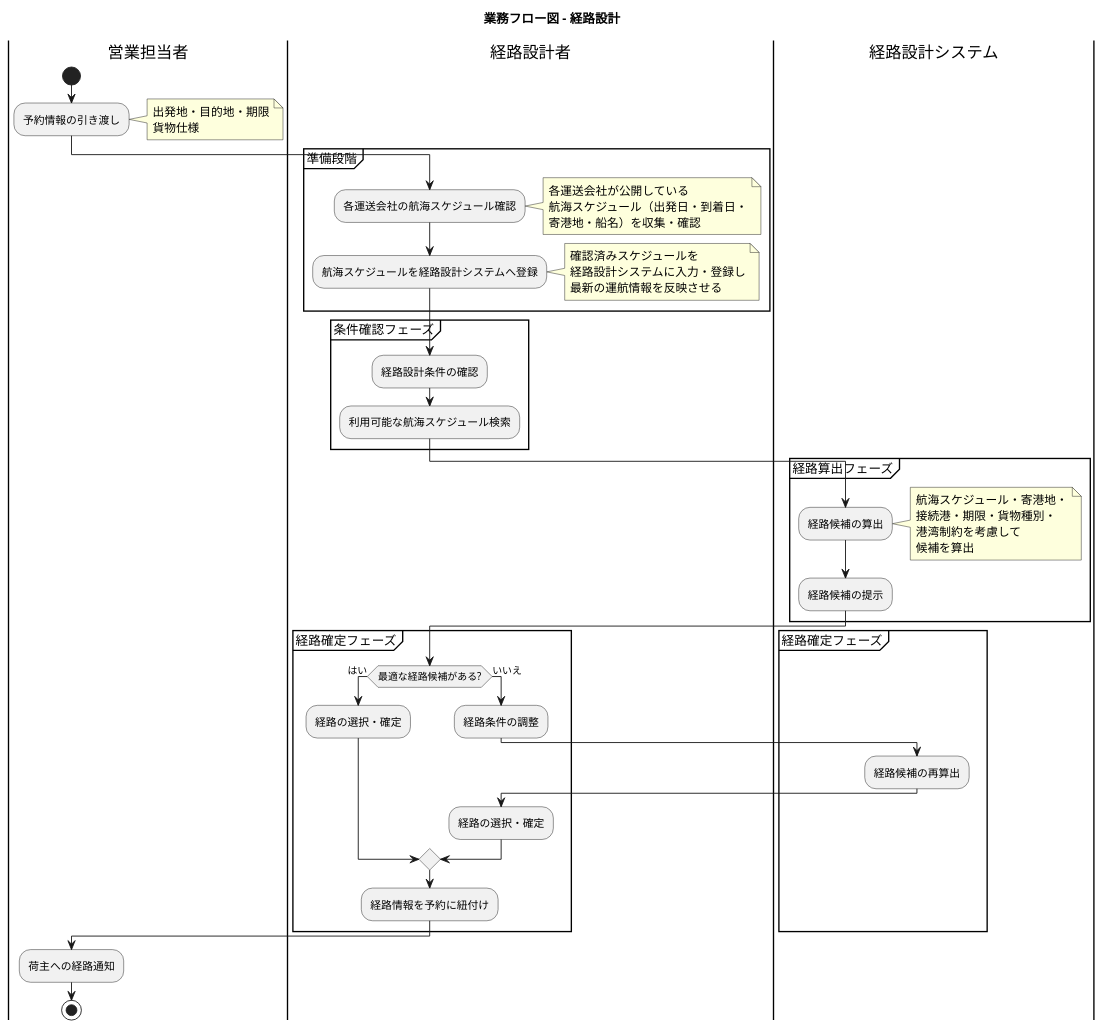
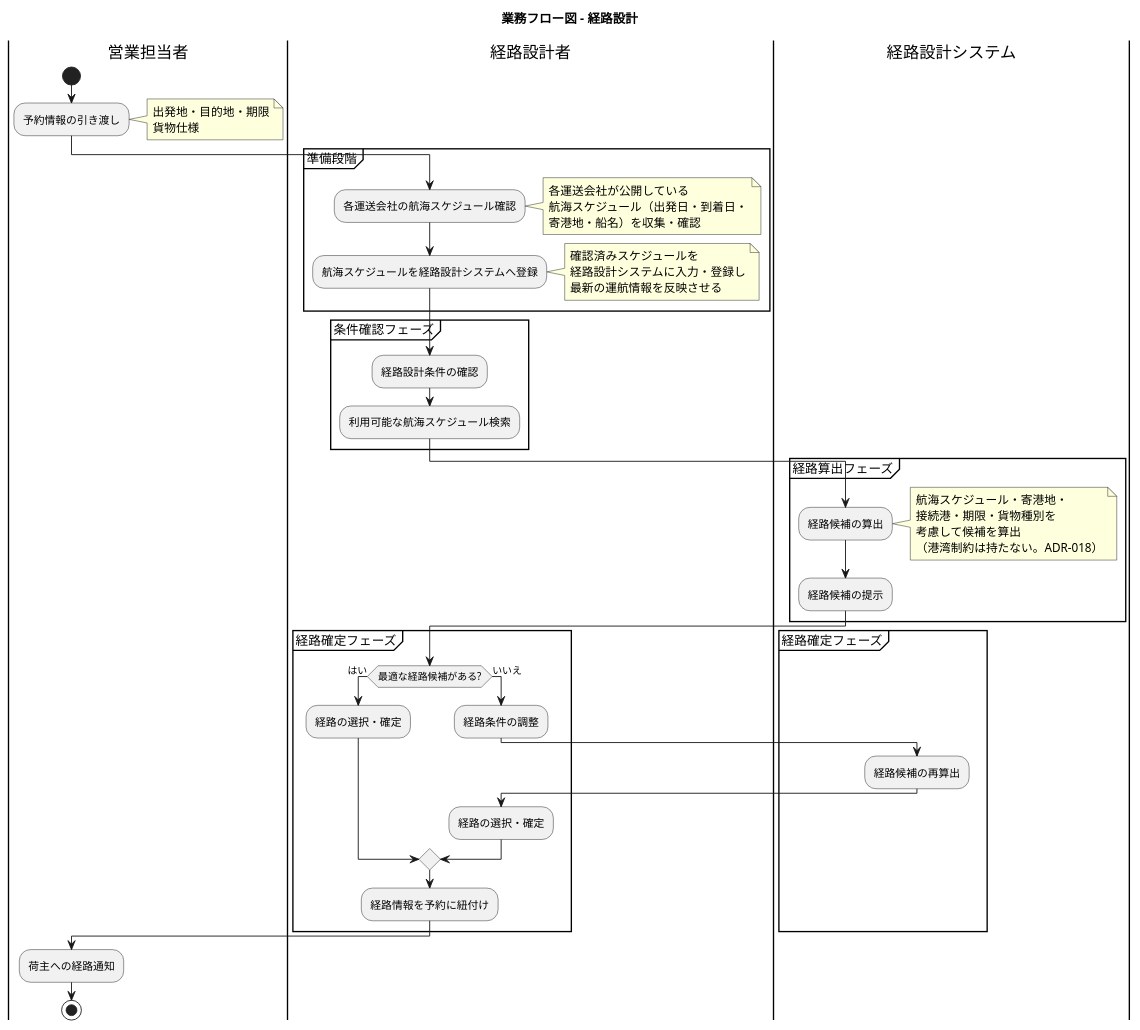
The ninth of 21 diagrams in docs/requirements/requirements_definition.md (k2works/case-study-cargo-tracker), drawn with PlantUML before and after one commit. The commit also changed other lines of this file and 9 other files, not shown here.

````diff
--- a/docs/requirements/requirements_definition.md
+++ b/docs/requirements/requirements_definition.md
@@ -501,66 +502,66 @@
 ```plantuml
 @startuml
 
 title 業務フロー図 - 経路設計
 
 |営業担当者|
 start
 :予約情報の引き渡し;
 note right
   出発地・目的地・期限
   貨物仕様
 end note
 
 |経路設計者|
 partition 準備段階 {
   :各運送会社の航海スケジュール確認;
   note right
     各運送会社が公開している
     航海スケジュール（出発日・到着日・
     寄港地・船名）を収集・確認
   end note
   :航海スケジュールを経路設計システムへ登録;
   note right
     確認済みスケジュールを
     経路設計システムに入力・登録し
     最新の運航情報を反映させる
   end note
 }
 
 partition 条件確認フェーズ {
   :経路設計条件の確認;
   :利用可能な航海スケジュール検索;
 }
 
 |経路設計システム|
 partition 経路算出フェーズ {
   :経路候補の算出;
   note right
     航海スケジュール・寄港地・
-    接続港・期限・貨物種別・
-    港湾制約を考慮して
-    候補を算出
+    接続港・期限・貨物種別を
+    考慮して候補を算出
+    （港湾制約は持たない。ADR-018）
   end note
   :経路候補の提示;
 }
 
 |経路設計者|
 partition 経路確定フェーズ {
   if (最適な経路候補がある?) then (はい)
     :経路の選択・確定;
   else (いいえ)
     :経路条件の調整;
     |経路設計システム|
     :経路候補の再算出;
     |経路設計者|
     :経路の選択・確定;
   endif
   :経路情報を予約に紐付け;
 }
 
 |営業担当者|
 :荷主への経路通知;
 stop
 
 @enduml
 ```
````
